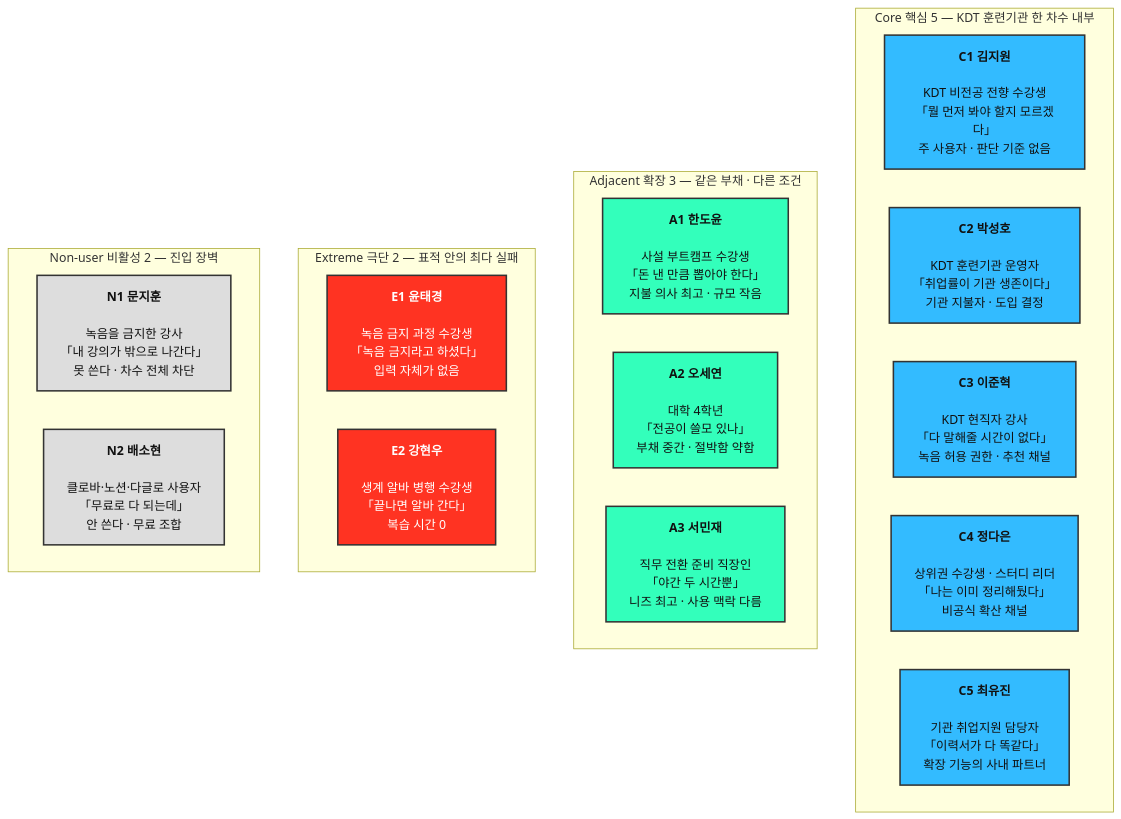
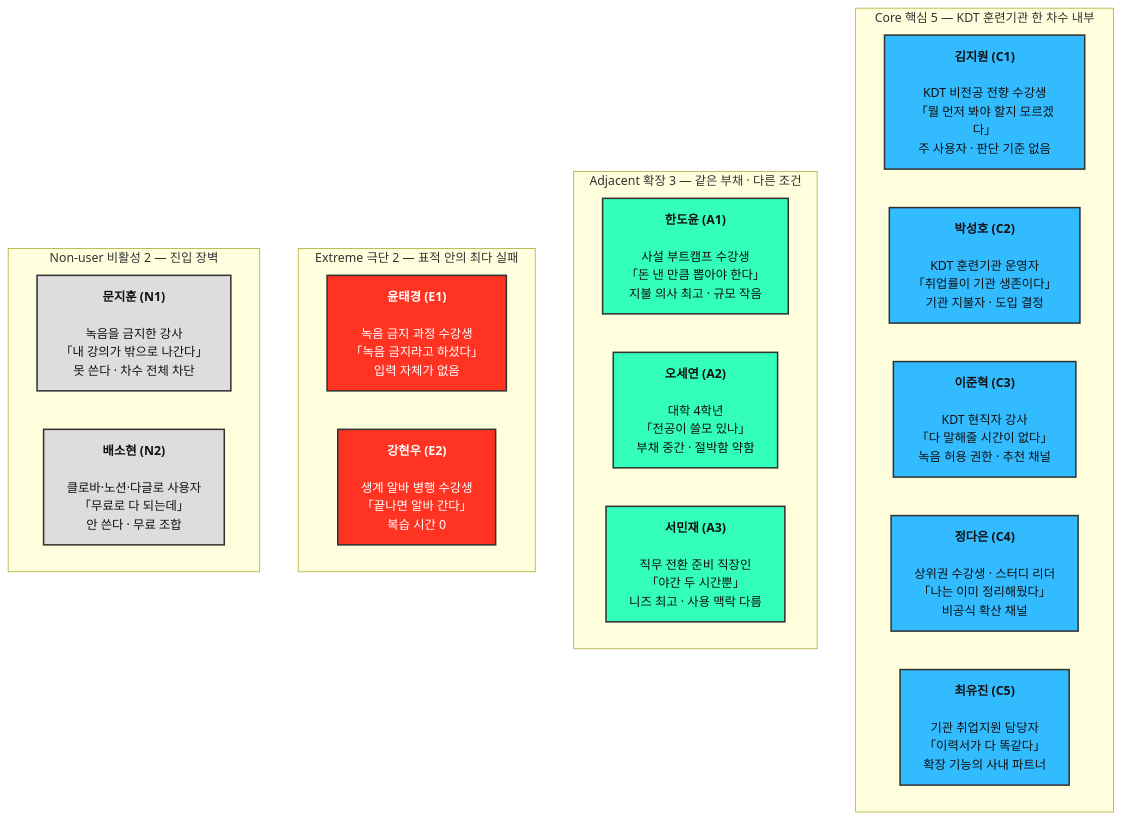
The second of 3 diagrams in 05-persona-spectrum-journey-map/case-01-kokjip-lecture-review-prioritizer-persona-spectrum.md (happai079/business-research-kokjip), drawn with Mermaid before and after one commit. The commit also changed other lines of this file and 1 other file, not shown here.

````diff
--- a/05-persona-spectrum-journey-map/case-01-kokjip-lecture-review-prioritizer-persona-spectrum.md
+++ b/05-persona-spectrum-journey-map/case-01-kokjip-lecture-review-prioritizer-persona-spectrum.md
@@ -250,39 +250,39 @@
 ```mermaid
 graph TB
     subgraph CORE["Core 핵심 5 — KDT 훈련기관 한 차수 내부"]
         direction LR
-        C1["<b>C1 김지원</b><br> <br>KDT 비전공 전향 수강생<br>「뭘 먼저 봐야 할지 모르겠다」<br>주 사용자 · 판단 기준 없음"]
-        C2["<b>C2 박성호</b><br> <br>KDT 훈련기관 운영자<br>「취업률이 기관 생존이다」<br>기관 지불자 · 도입 결정"]
-        C3["<b>C3 이준혁</b><br> <br>KDT 현직자 강사<br>「다 말해줄 시간이 없다」<br>녹음 허용 권한 · 추천 채널"]
-        C4["<b>C4 정다은</b><br> <br>상위권 수강생 · 스터디 리더<br>「나는 이미 정리해뒀다」<br>비공식 확산 채널"]
-        C5["<b>C5 최유진</b><br> <br>기관 취업지원 담당자<br>「이력서가 다 똑같다」<br>확장 기능의 사내 파트너"]
+        C1["<b>김지원 (C1)</b><br> <br>KDT 비전공 전향 수강생<br>「뭘 먼저 봐야 할지 모르겠다」<br>주 사용자 · 판단 기준 없음"]
+        C2["<b>박성호 (C2)</b><br> <br>KDT 훈련기관 운영자<br>「취업률이 기관 생존이다」<br>기관 지불자 · 도입 결정"]
+        C3["<b>이준혁 (C3)</b><br> <br>KDT 현직자 강사<br>「다 말해줄 시간이 없다」<br>녹음 허용 권한 · 추천 채널"]
+        C4["<b>정다은 (C4)</b><br> <br>상위권 수강생 · 스터디 리더<br>「나는 이미 정리해뒀다」<br>비공식 확산 채널"]
+        C5["<b>최유진 (C5)</b><br> <br>기관 취업지원 담당자<br>「이력서가 다 똑같다」<br>확장 기능의 사내 파트너"]
     end
 
     subgraph ADJ["Adjacent 확장 3 — 같은 부채 · 다른 조건"]
         direction LR
-        A1["<b>A1 한도윤</b><br> <br>사설 부트캠프 수강생<br>「돈 낸 만큼 뽑아야 한다」<br>지불 의사 최고 · 규모 작음"]
-        A2["<b>A2 오세연</b><br> <br>대학 4학년<br>「전공이 쓸모 있나」<br>부채 중간 · 절박함 약함"]
-        A3["<b>A3 서민재</b><br> <br>직무 전환 준비 직장인<br>「야간 두 시간뿐」<br>니즈 최고 · 사용 맥락 다름"]
+        A1["<b>한도윤 (A1)</b><br> <br>사설 부트캠프 수강생<br>「돈 낸 만큼 뽑아야 한다」<br>지불 의사 최고 · 규모 작음"]
+        A2["<b>오세연 (A2)</b><br> <br>대학 4학년<br>「전공이 쓸모 있나」<br>부채 중간 · 절박함 약함"]
+        A3["<b>서민재 (A3)</b><br> <br>직무 전환 준비 직장인<br>「야간 두 시간뿐」<br>니즈 최고 · 사용 맥락 다름"]
     end
 
     subgraph EXT["Extreme 극단 2 — 표적 안의 최다 실패"]
         direction LR
-        E1["<b>E1 윤태경</b><br> <br>녹음 금지 과정 수강생<br>「녹음 금지라고 하셨다」<br>입력 자체가 없음"]
-        E2["<b>E2 강현우</b><br> <br>생계 알바 병행 수강생<br>「끝나면 알바 간다」<br>복습 시간 0"]
+        E1["<b>윤태경 (E1)</b><br> <br>녹음 금지 과정 수강생<br>「녹음 금지라고 하셨다」<br>입력 자체가 없음"]
+        E2["<b>강현우 (E2)</b><br> <br>생계 알바 병행 수강생<br>「끝나면 알바 간다」<br>복습 시간 0"]
     end
 
     subgraph NON["Non-user 비활성 2 — 진입 장벽"]
         direction LR
-        N1["<b>N1 문지훈</b><br> <br>녹음을 금지한 강사<br>「내 강의가 밖으로 나간다」<br>못 쓴다 · 차수 전체 차단"]
-        N2["<b>N2 배소현</b><br> <br>클로바·노션·다글로 사용자<br>「무료로 다 되는데」<br>안 쓴다 · 무료 조합"]
+        N1["<b>문지훈 (N1)</b><br> <br>녹음을 금지한 강사<br>「내 강의가 밖으로 나간다」<br>못 쓴다 · 차수 전체 차단"]
+        N2["<b>배소현 (N2)</b><br> <br>클로바·노션·다글로 사용자<br>「무료로 다 되는데」<br>안 쓴다 · 무료 조합"]
     end
 
     classDef core fill:#33BBFF,stroke:#333,stroke-width:2px,color:#111;
     classDef adj fill:#33FFBB,stroke:#333,stroke-width:2px,color:#111;
     classDef ext fill:#FF3322,stroke:#333,stroke-width:2px,color:#fff;
     classDef non fill:#DDDDDD,stroke:#333,stroke-width:2px,color:#111;
     class C1,C2,C3,C4,C5 core;
     class A1,A2,A3 adj;
     class E1,E2 ext;
     class N1,N2 non;
 ```
````
